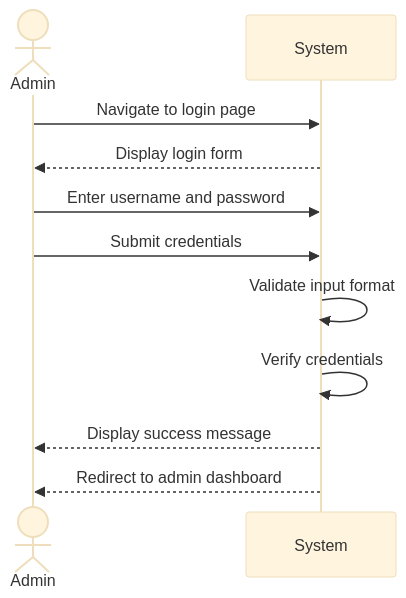
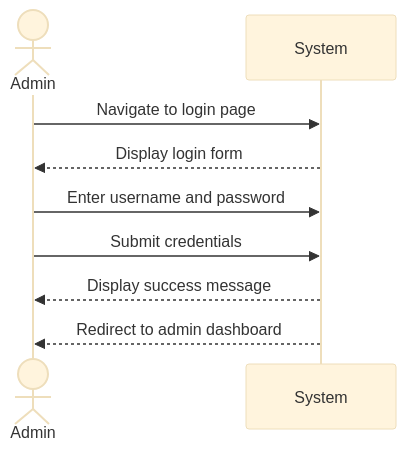
The diagram in Documentation/User-Cases/AdminLogin.md (JaceYar/Software1-Proj), drawn with Mermaid (base theme) before and after one commit. The commit also changed 17 other files, not shown here.

````diff
--- a/Documentation/User-Cases/AdminLogin.md
+++ b/Documentation/User-Cases/AdminLogin.md
@@ -11,14 +11,12 @@
 ```mermaid
 sequenceDiagram
     actor Admin
     participant System
 
     Admin->>System: Navigate to login page
     System-->>Admin: Display login form
     Admin->>System: Enter username and password
     Admin->>System: Submit credentials
-    System->>System: Validate input format
-    System->>System: Verify credentials
     System-->>Admin: Display success message
     System-->>Admin: Redirect to admin dashboard
 ```
````
